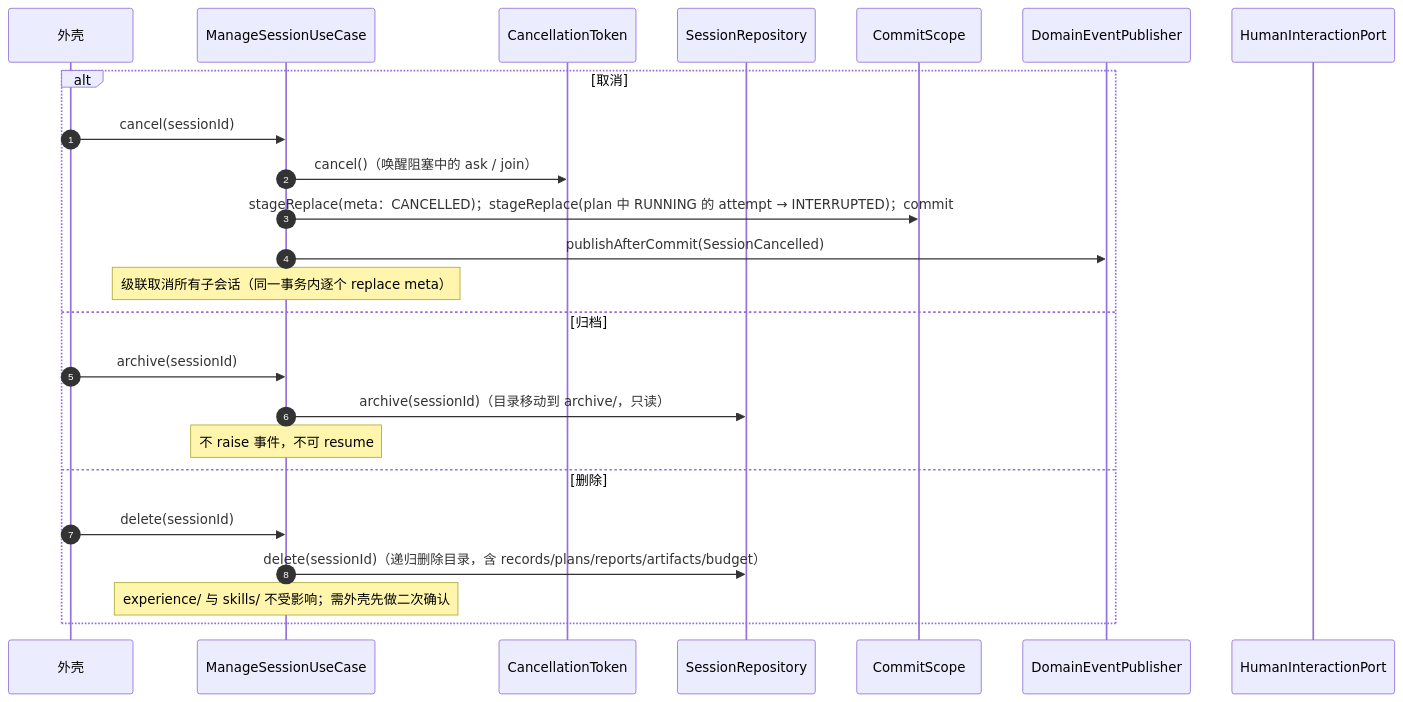
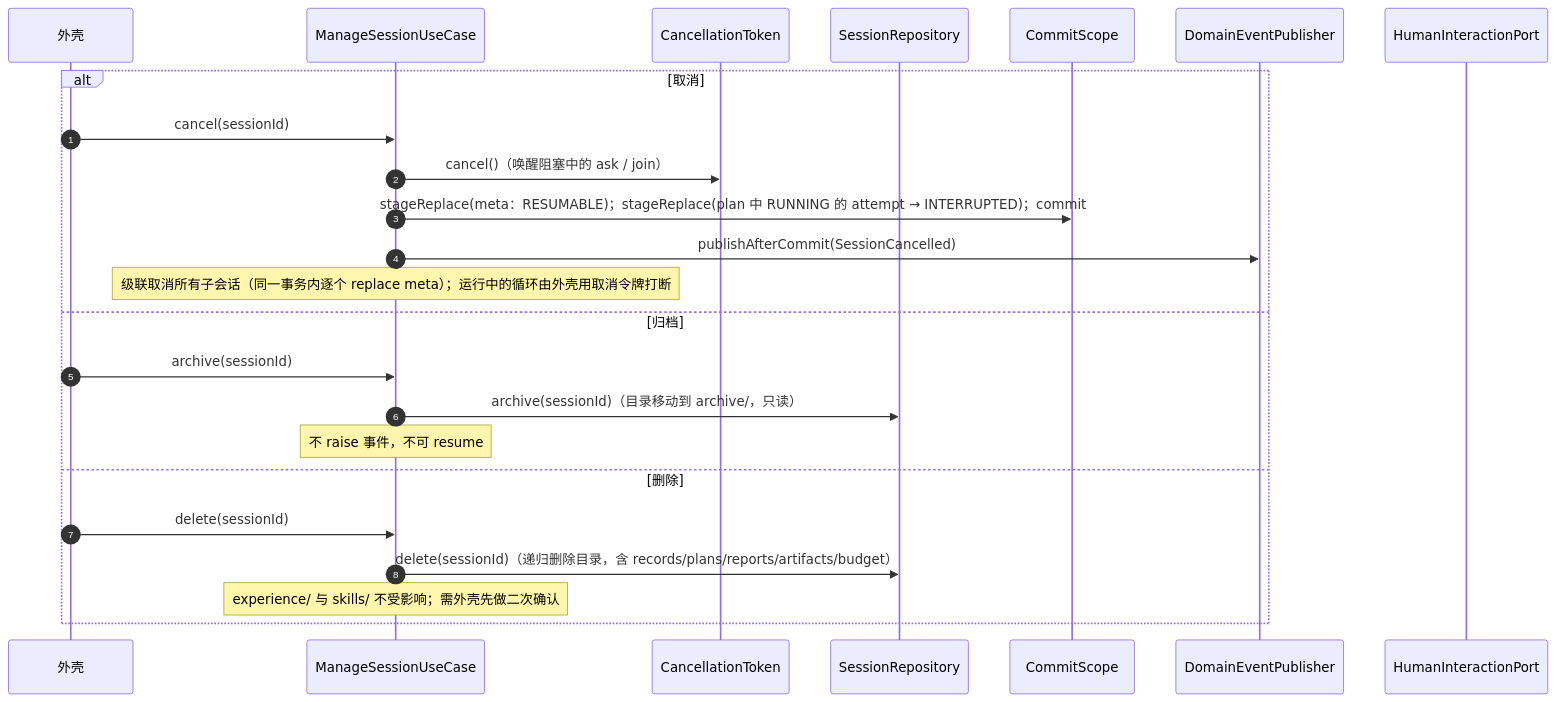
One commit to zcd0831/Jellyfish-Docs changed the seventh of 8 diagrams in model/模块-应用层.md. Above: the diagram before and after it, drawn with Mermaid. The commit also changed 3 other files, not shown here.

````diff
--- a/model/模块-应用层.md
+++ b/model/模块-应用层.md
@@ -401,27 +401,27 @@
 ```mermaid
 sequenceDiagram
     autonumber
     participant UI as 外壳
     participant U4 as ManageSessionUseCase
     participant C as CancellationToken
     participant R as SessionRepository
     participant CS as CommitScope
     participant EP as DomainEventPublisher
     participant HI as HumanInteractionPort
 
     alt 取消
         UI->>U4: cancel(sessionId)
         U4->>C: cancel()（唤醒阻塞中的 ask / join）
-        U4->>CS: stageReplace(meta：CANCELLED)；stageReplace(plan 中 RUNNING 的 attempt → INTERRUPTED)；commit
+        U4->>CS: stageReplace(meta：RESUMABLE)；stageReplace(plan 中 RUNNING 的 attempt → INTERRUPTED)；commit
         U4->>EP: publishAfterCommit(SessionCancelled)
-        Note over U4: 级联取消所有子会话（同一事务内逐个 replace meta）
+        Note over U4: 级联取消所有子会话（同一事务内逐个 replace meta）；运行中的循环由外壳用取消令牌打断
     else 归档
         UI->>U4: archive(sessionId)
         U4->>R: archive(sessionId)（目录移动到 archive/，只读）
         Note over U4: 不 raise 事件，不可 resume
     else 删除
         UI->>U4: delete(sessionId)
         U4->>R: delete(sessionId)（递归删除目录，含 records/plans/reports/artifacts/budget）
         Note over U4: experience/ 与 skills/ 不受影响；需外壳先做二次确认
     end
 ```
````
